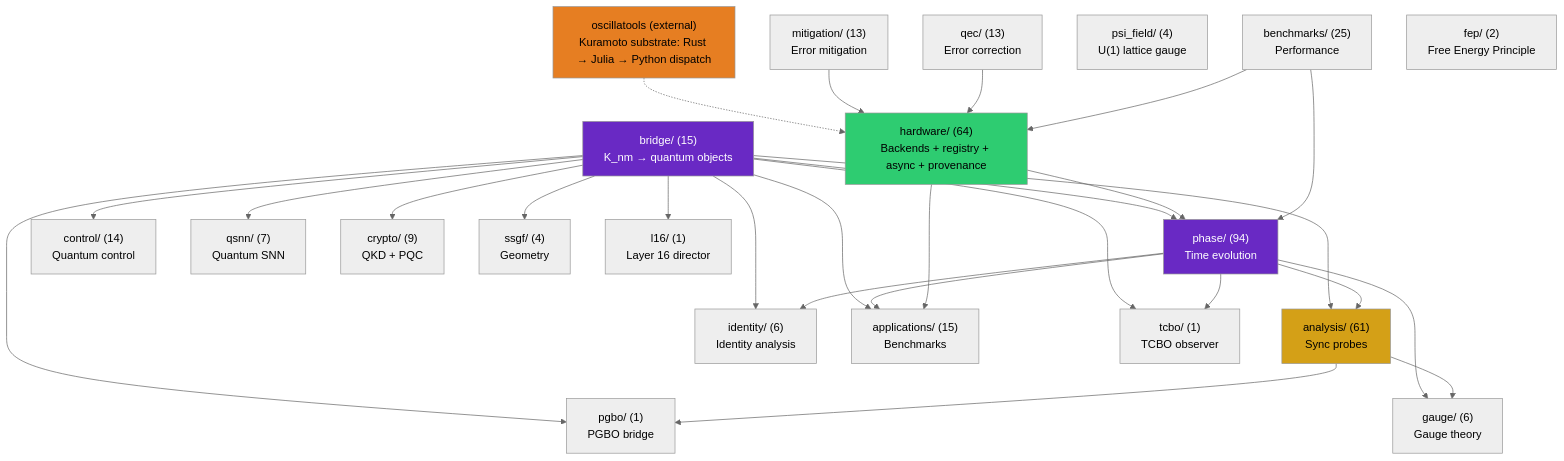
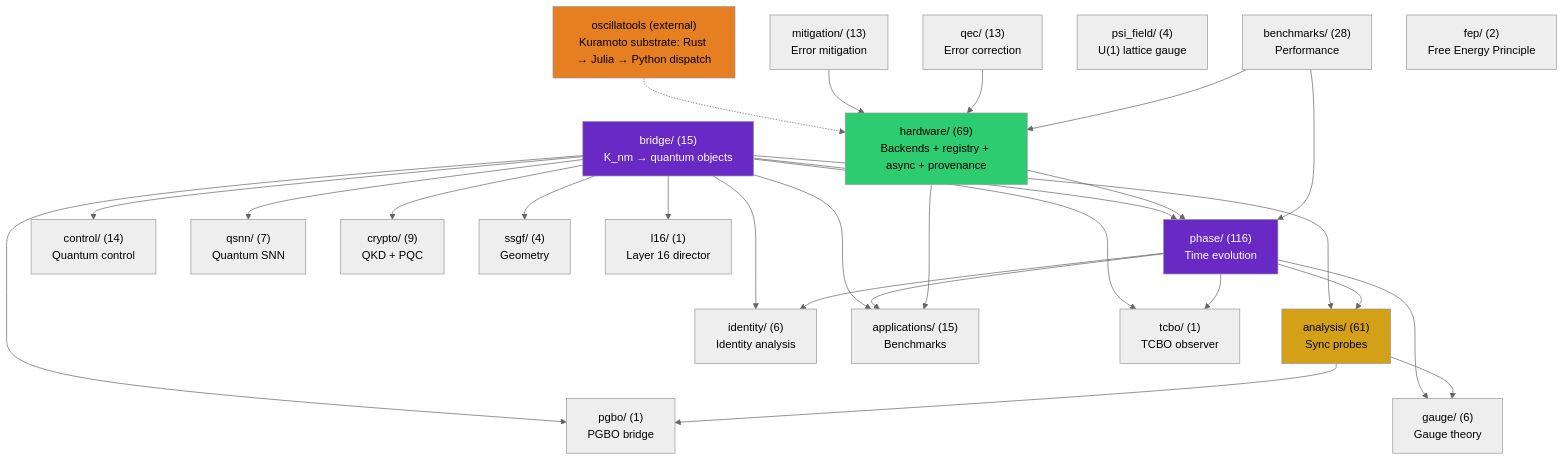
Before and after one commit to anulum/scpn-quantum-control: the first of 4 diagrams in docs/architecture.md, drawn with Mermaid (neutral theme). The commit also changed other lines of this file and 1 other file, not shown here.

Commit message:
docs: reconcile architecture inventory counts with the god-file split tree
The god-file split lane added source leaf modules to three packages and split
the Rust AD kernels into new source files, but the hand-maintained inventory
figures in the architecture map and Rust engine reference were not bumped in
step, so two documentation-inventory regression tests failed:

- architecture map Mermaid node counts: phase/ 94 -> 116, hardware/ 64 -> 69,
  benchmarks/ 28 (was 25), matching the live per-package module counts.
- Rust source-file count: 65 -> 68 in both architecture.md quotations and the
  rust_engine.md prose (binding count unchanged at 177; the split relocated
  kernels without adding pyfunctions).

Verified against the live tree: test_documentation_inventory_consistency now
passes (11/11), capability_manifest --check is clean, split-audit and the
differentiable architecture-map tests pass, and the phase/hardware facade
re-exports import cleanly (8/8).

Seat: 7f6b
Authored by Anulum Fortis & Arcane Sapience (protoscience@anulum.li)

````diff
--- a/docs/architecture.md
+++ b/docs/architecture.md
@@ -252,55 +252,55 @@
 ```mermaid
 graph TD
     bridge["bridge/ (15)\nK_nm → quantum objects"]
-    phase["phase/ (94)\nTime evolution"]
+    phase["phase/ (116)\nTime evolution"]
     analysis["analysis/ (61)\nSync probes"]
     control["control/ (14)\nQuantum control"]
     qsnn["qsnn/ (7)\nQuantum SNN"]
     identity["identity/ (6)\nIdentity analysis"]
-    hardware["hardware/ (64)\nBackends + registry + async + provenance"]
+    hardware["hardware/ (69)\nBackends + registry + async + provenance"]
     mitigation["mitigation/ (13)\nError mitigation"]
     qec["qec/ (13)\nError correction"]
     gauge["gauge/ (6)\nGauge theory"]
     apps["applications/ (15)\nBenchmarks"]
     crypto["crypto/ (9)\nQKD + PQC"]
-    benchmarks["benchmarks/ (25)\nPerformance"]
+    benchmarks["benchmarks/ (28)\nPerformance"]
     ssgf["ssgf/ (4)\nGeometry"]
     psi_field["psi_field/ (4)\nU(1) lattice gauge"]
     oscillatools["oscillatools (external)\nKuramoto substrate: Rust → Julia → Python dispatch"]
     fep["fep/ (2)\nFree Energy Principle"]
     tcbo["tcbo/ (1)\nTCBO observer"]
     pgbo["pgbo/ (1)\nPGBO bridge"]
     l16["l16/ (1)\nLayer 16 director"]
 
     bridge --> phase
     bridge --> analysis
     bridge --> control
     bridge --> qsnn
     bridge --> identity
     bridge --> apps
     bridge --> crypto
     bridge --> ssgf
     phase --> analysis
     phase --> identity
     phase --> apps
     phase --> gauge
     analysis --> gauge
     hardware --> phase
     hardware --> apps
     oscillatools -.-> hardware
     mitigation --> hardware
     qec --> hardware
     benchmarks --> phase
     benchmarks --> hardware
     bridge --> tcbo
     bridge --> pgbo
     bridge --> l16
     phase --> tcbo
     analysis --> pgbo
 
     style bridge fill:#6929C4,color:#fff
     style analysis fill:#d4a017,color:#000
     style phase fill:#6929C4,color:#fff
     style hardware fill:#2ecc71,color:#000
     style oscillatools fill:#e67e22,color:#000
 ```
````
